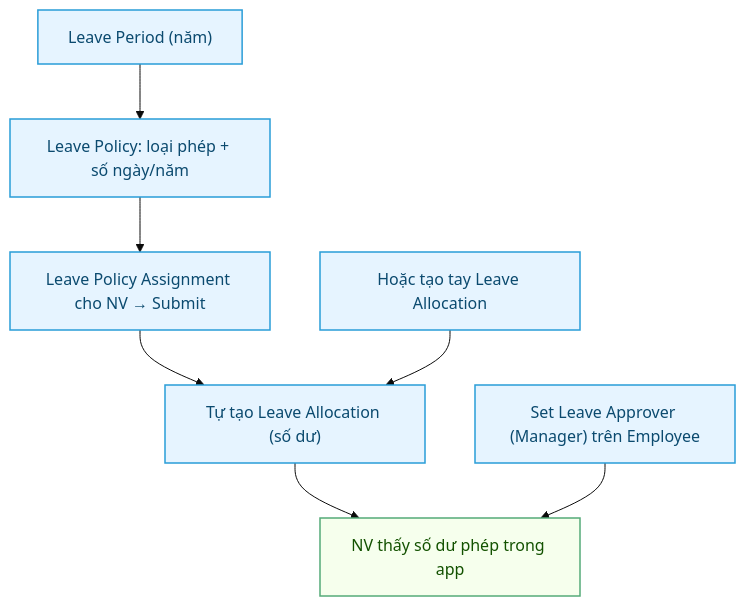
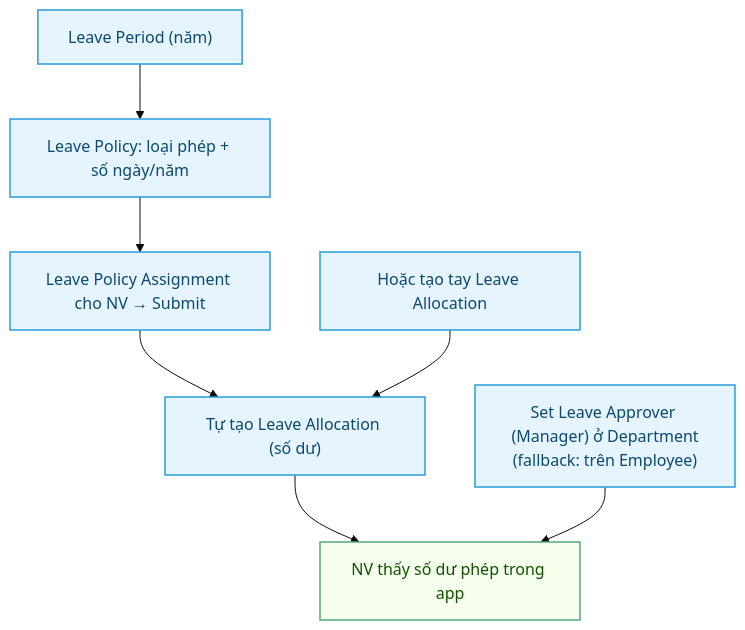
Before and after one commit to CobeGroup/cobe_erp_documents: the first of 2 diagrams in users/HR-Leave-Setup.md, drawn with Mermaid. The commit also changed other lines of this file, not shown here.

Commit message:
docs(leave): approver quản theo Department (fallback Employee) + chuỗi ưu tiên

````diff
--- a/users/HR-Leave-Setup.md
+++ b/users/HR-Leave-Setup.md
@@ -28,16 +28,16 @@
 ```mermaid
 %%{init: {'theme':'base','themeVariables':{'fontSize':'16px'},'flowchart':{'nodeSpacing':50,'rankSpacing':55}}}%%
 flowchart TD
   classDef process fill:#e6f4ff,stroke:#299dd8,stroke-width:1.5px,color:#0b4a6f;
   classDef good fill:#f6ffed,stroke:#54ab78,stroke-width:1.5px,color:#135200;
 
   A["Leave Period (năm)"] --> B["Leave Policy: loại phép + số ngày/năm"]
   B --> C["Leave Policy Assignment cho NV → Submit"]
   C --> D["Tự tạo Leave Allocation (số dư)"]
   C2["Hoặc tạo tay Leave Allocation"] --> D
   D --> E["NV thấy số dư phép trong app"]
-  F["Set Leave Approver (Manager) trên Employee"] --> E
+  F["Set Leave Approver (Manager) ở Department<br/>(fallback: trên Employee)"] --> E
 
   class A,B,C,C2,D,F process
   class E good
 ```
````
